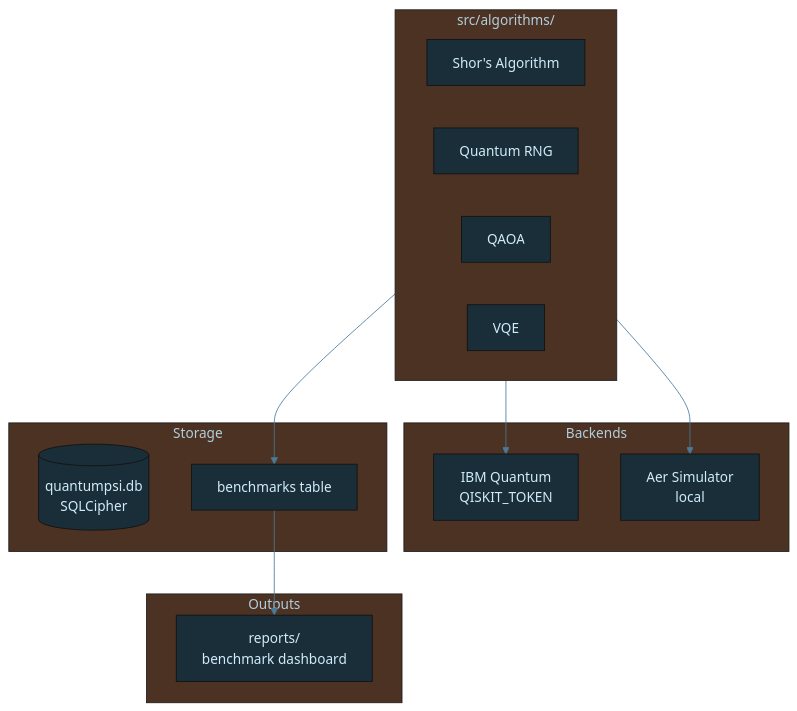
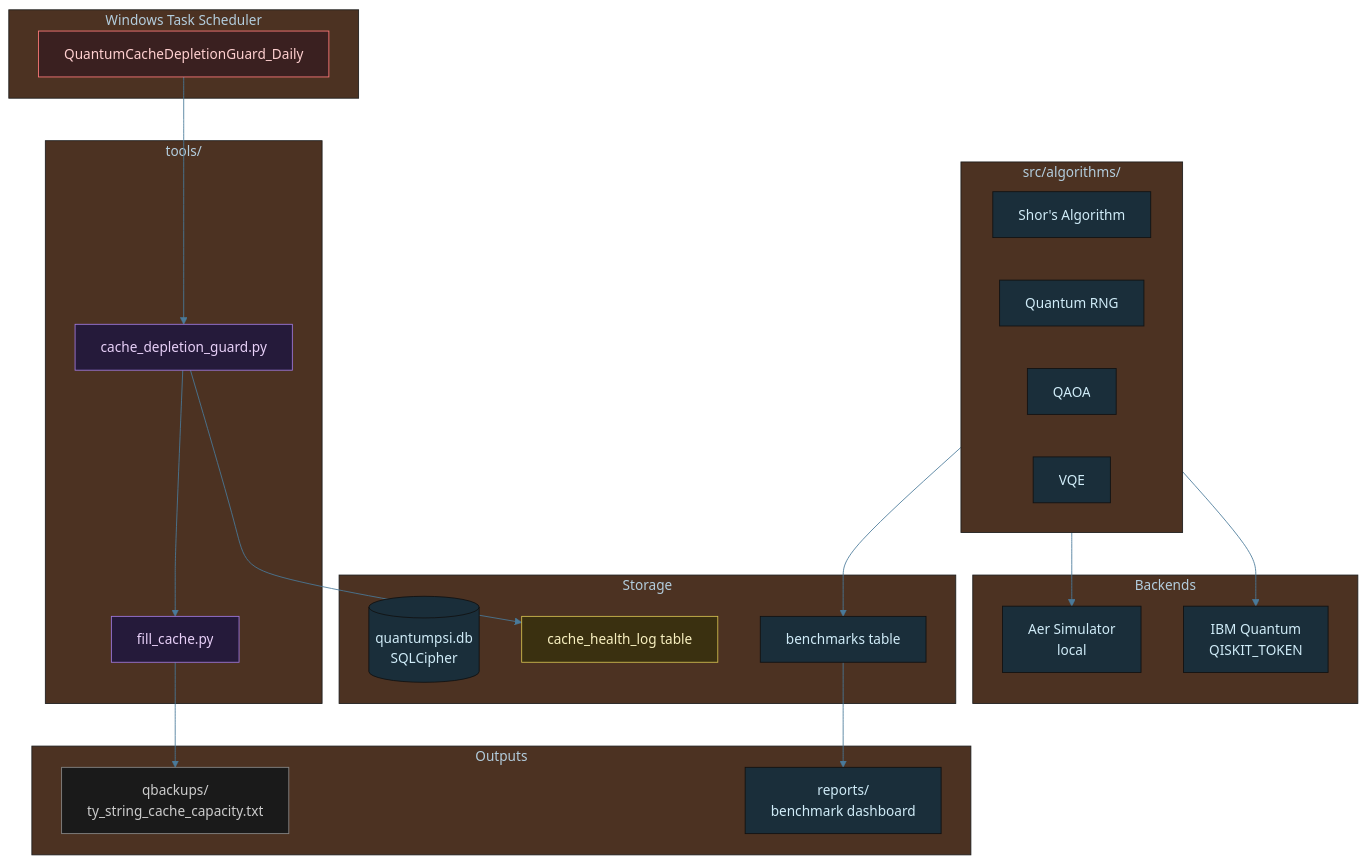
Before and after one commit to tylerdrakemusic/-Workspace: the diagram in diagrams/quantum-architecture.mmd, drawn with Mermaid. The commit also changed 1 other file, not shown here.

Commit message:
chore(FR-20260524): update quantum architecture diagrams for cache guard
- quantum-db-schema.mmd: add CACHE_HEALTH_LOG entity
- quantum-architecture.mmd: add cache_depletion_guard, QuantumCacheDepletionGuard_Daily, wiring

```diff
--- a/diagrams/quantum-architecture.mmd
+++ b/diagrams/quantum-architecture.mmd
@@ -1,36 +1,53 @@
 %%{init: {'theme': 'base', 'themeVariables': {'primaryColor': '#1a2e3a', 'primaryTextColor': '#d0ecf8', 'edgeLabelBackground': '#0f1318', 'lineColor': '#4a7a9a'}}}%%
 graph TB
     subgraph Algorithms["src/algorithms/"]
         Shor[Shor's Algorithm]
         QRNG[Quantum RNG]
         QAOA[QAOA]
         VQE[VQE]
     end
     subgraph Backends
         IBM[IBM Quantum<br/>QISKIT_TOKEN]
         Sim[Aer Simulator<br/>local]
     end
     subgraph Storage
         DB[(quantumpsi.db<br/>SQLCipher)]
         Bench[benchmarks table]
+        CacheHealthLog[cache_health_log table]
     end
     subgraph Outputs
         Reports[reports/<br/>benchmark dashboard]
+        CacheCapacity[qbackups/<br/>ty_string_cache_capacity.txt]
+    end
+    subgraph Tools["tools/"]
+        FillCache[fill_cache.py]
+        CacheGuard[cache_depletion_guard.py]
+    end
+    subgraph Scheduler["Windows Task Scheduler"]
+        GuardTask[QuantumCacheDepletionGuard_Daily]
     end
     Algorithms --> IBM
     Algorithms --> Sim
     Algorithms --> Bench
     Bench --> Reports
+    GuardTask --> CacheGuard
+    CacheGuard --> CacheHealthLog
+    CacheGuard --> FillCache
+    FillCache --> CacheCapacity
     class Algorithms alg
     class Backends back
     class Storage,Outputs store
+    class FillCache,CacheGuard quantum
+    class GuardTask ext
+    class CacheHealthLog db
+    class CacheCapacity state
 
 classDef life     fill:#1a2e3a,stroke:#6ab4d4,color:#d0ecf8
 classDef music    fill:#3a1a24,stroke:#d47a8f,color:#f8d0dc
 classDef quantum  fill:#251a3a,stroke:#a07adf,color:#e8d0f8
 classDef manifest fill:#3a2e1a,stroke:#d4a96a,color:#f8ead0
 classDef ws       fill:#1a3a30,stroke:#6ad4b4,color:#d0f8ee
 classDef tyler    fill:#2a1a3a,stroke:#9e4aff,color:#fff
 classDef ext      fill:#3a2020,stroke:#ff7a7a,color:#ffd0d0
 classDef db       fill:#3a3010,stroke:#d4c050,color:#f8f0c0
 classDef state    fill:#1a1a1a,stroke:#888888,color:#cccccc
```
